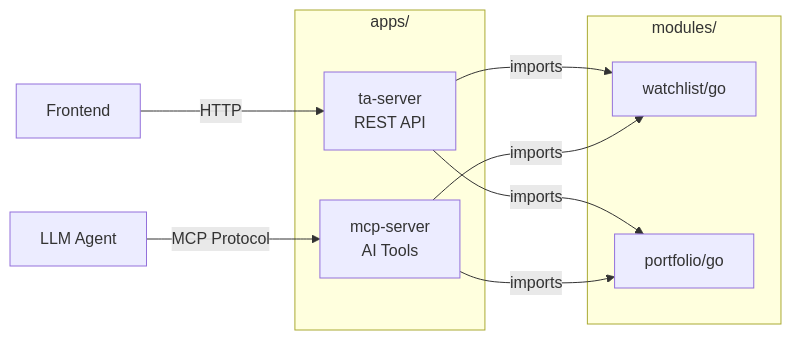
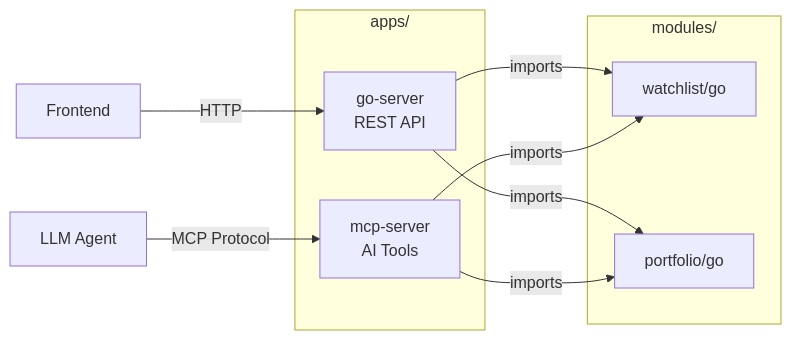
The second of 2 diagrams in docs/APPSHELL-ARCHITECTURE.md (reidlai/virtual-module-core), drawn with Mermaid before and after one commit. The commit also changed other lines of this file, not shown here.

Commit message:
feat: update APPSHELL-ARCHITECTURE.md to emphasize ReactiveX decoupling function

````diff
--- a/docs/APPSHELL-ARCHITECTURE.md
+++ b/docs/APPSHELL-ARCHITECTURE.md
@@ -249,20 +310,20 @@
 ```mermaid
 flowchart LR
     subgraph Apps["apps/"]
-        API[ta-server<br/>REST API]
+        API[go-server<br/>REST API]
         MCP[mcp-server<br/>AI Tools]
     end
 
     subgraph Modules["modules/"]
         WL[watchlist/go]
         PF[portfolio/go]
     end
 
     API -->|imports| WL
     API -->|imports| PF
     MCP -->|imports| WL
     MCP -->|imports| PF
 
     LLM[LLM Agent] -->|MCP Protocol| MCP
     Client[Frontend] -->|HTTP| API
 ```
````
